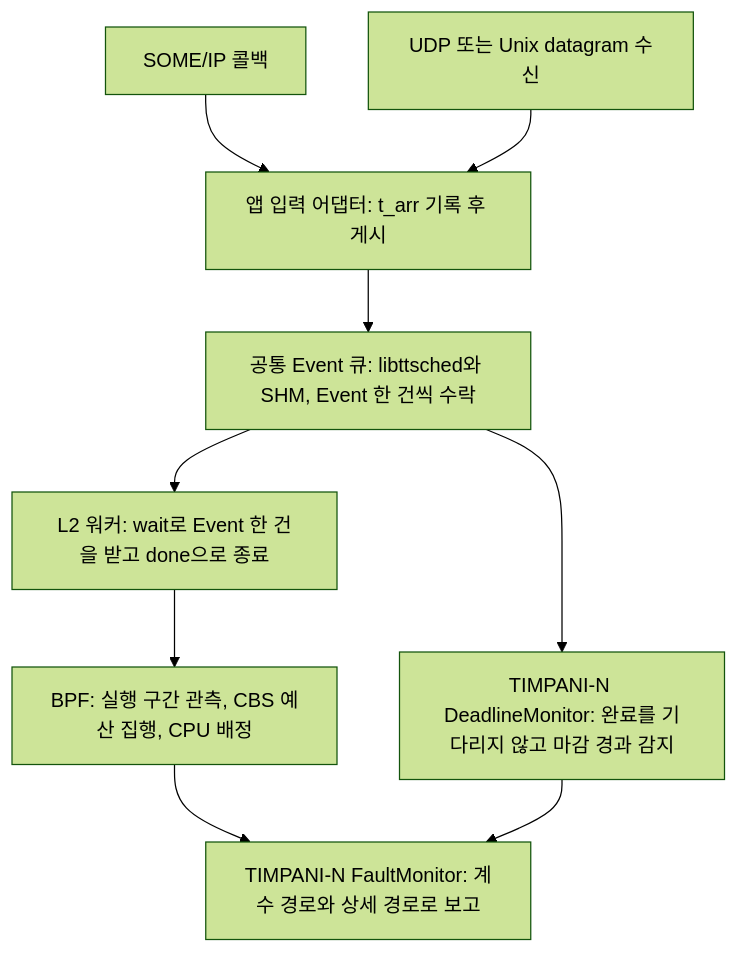
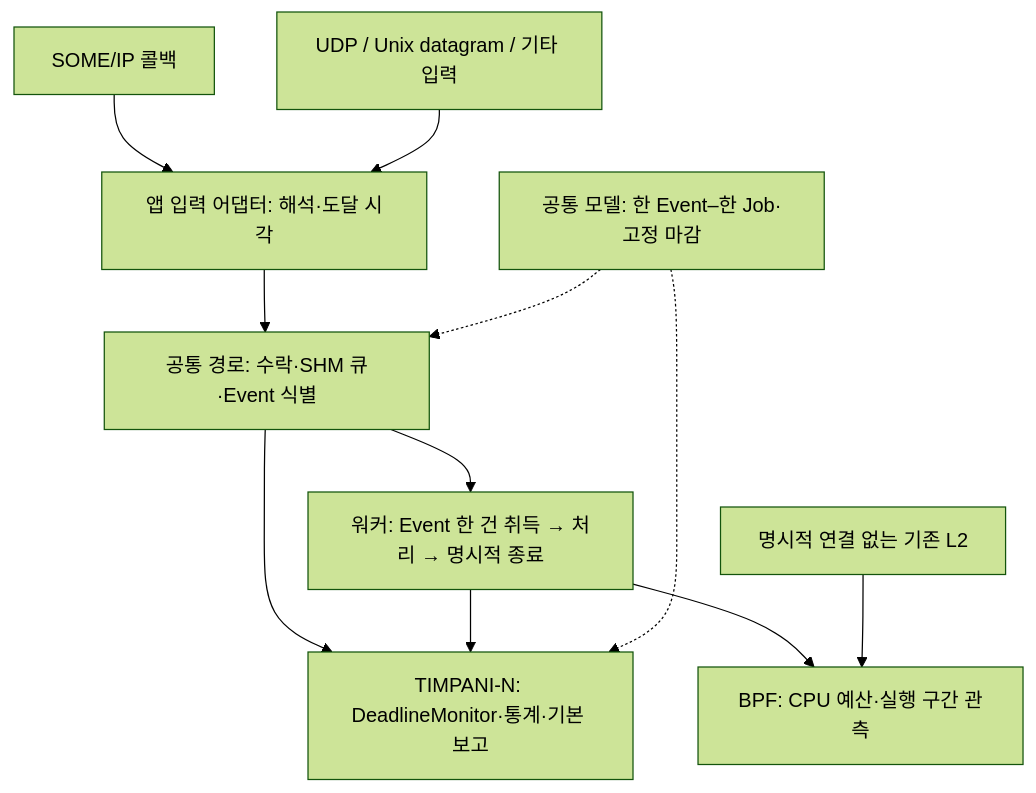
One commit to akshayg0314/timpani26 changed the first of 2 diagrams in doc/design/kor/OVERVIEW-008-event-driven-workload-support.md. Above: the diagram before and after it, drawn with Mermaid (forest theme). The commit also changed other lines of this file and 5 other files, not shown here.

````diff
--- a/doc/design/kor/OVERVIEW-008-event-driven-workload-support.md
+++ b/doc/design/kor/OVERVIEW-008-event-driven-workload-support.md
@@ -160,11 +102,13 @@
 ```mermaid
 flowchart TB
-    S1["SOME/IP 콜백"] --> A["앱 입력 어댑터: t_arr 기록 후 게시"]
-    S2["UDP 또는 Unix datagram 수신"] --> A
-    A --> Q["공통 Event 큐: libttsched와 SHM, Event 한 건씩 수락"]
-    Q --> W["L2 워커: wait로 Event 한 건을 받고 done으로 종료"]
-    W --> K["BPF: 실행 구간 관측, CBS 예산 집행, CPU 배정"]
-    Q --> DM["TIMPANI-N DeadlineMonitor: 완료를 기다리지 않고 마감 경과 감지"]
-    K --> FM["TIMPANI-N FaultMonitor: 계수 경로와 상세 경로로 보고"]
-    DM --> FM
+    S1["SOME/IP 콜백"] --> A["앱 입력 어댑터: 해석·도달 시각"]
+    S2["UDP / Unix datagram / 기타 입력"] --> A
+    A --> Q["공통 경로: 수락·SHM 큐·Event 식별"]
+    Q --> W["워커: Event 한 건 취득 → 처리 → 명시적 종료"]
+    Q --> N["TIMPANI-N: DeadlineMonitor·통계·기본 보고"]
+    W --> N
+    W --> B["BPF: CPU 예산·실행 구간 관측"]
+    K["명시적 연결 없는 기존 L2"] --> B
+    MODEL["공통 모델: 한 Event–한 Job·고정 마감"] -.-> Q
+    MODEL -.-> N
 ```
````
